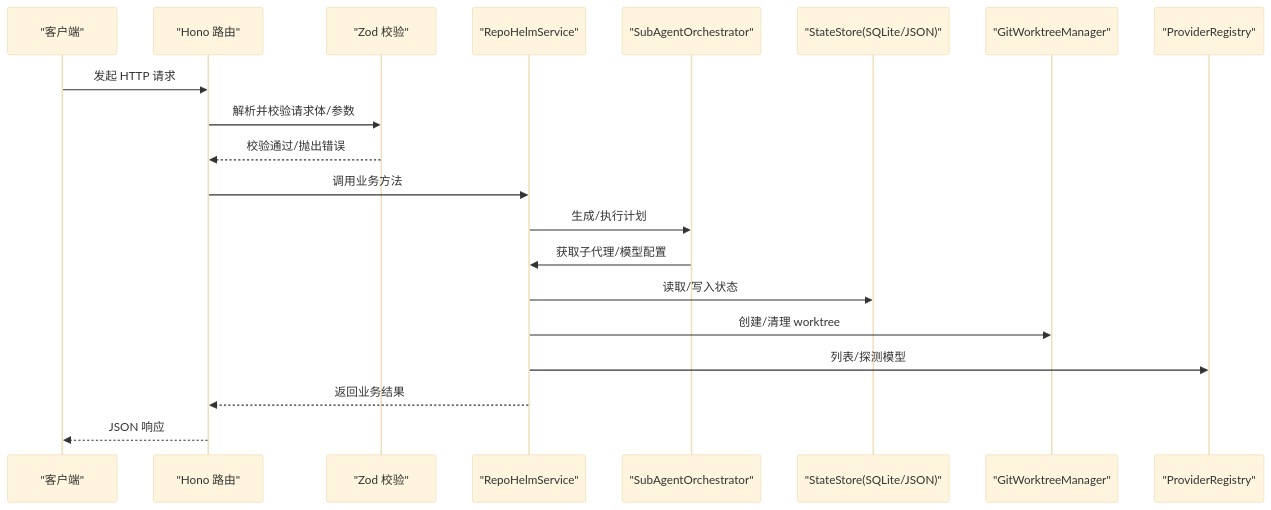
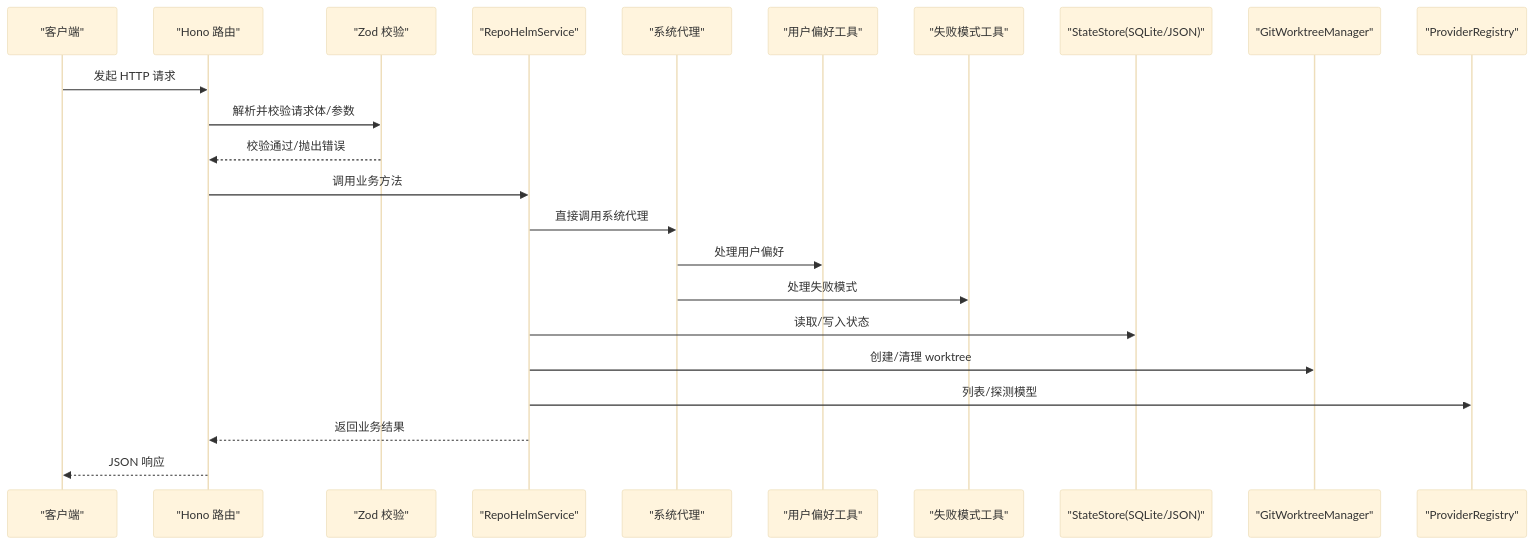
One commit to coconilu/RepoHelm changed the second of 3 diagrams in .qoder/repowiki/zh/content/服务器 API 设计/服务器 API 设计.md. Above: the diagram before and after it, drawn with Mermaid (base theme). The commit also changed other lines of this file and 12 other files, not shown here.

````diff
--- a/.qoder/repowiki/zh/content/服务器 API 设计/服务器 API 设计.md
+++ b/.qoder/repowiki/zh/content/服务器 API 设计/服务器 API 设计.md
@@ -97,22 +110,25 @@
 ```mermaid
 sequenceDiagram
 participant Client as "客户端"
 participant Router as "Hono 路由"
 participant Validator as "Zod 校验"
 participant Service as "RepoHelmService"
-participant Orchestrator as "SubAgentOrchestrator"
+participant SystemAgent as "系统代理"
+participant HabitsTools as "用户偏好工具"
+participant FailureTools as "失败模式工具"
 participant Store as "StateStore(SQLite/JSON)"
 participant Git as "GitWorktreeManager"
 participant Provider as "ProviderRegistry"
 Client->>Router : 发起 HTTP 请求
 Router->>Validator : 解析并校验请求体/参数
 Validator-->>Router : 校验通过/抛出错误
 Router->>Service : 调用业务方法
-Service->>Orchestrator : 生成/执行计划
-Orchestrator->>Service : 获取子代理/模型配置
+Service->>SystemAgent : 直接调用系统代理
+SystemAgent->>HabitsTools : 处理用户偏好
+SystemAgent->>FailureTools : 处理失败模式
 Service->>Store : 读取/写入状态
 Service->>Git : 创建/清理 worktree
 Service->>Provider : 列表/探测模型
 Service-->>Router : 返回业务结果
 Router-->>Client : JSON 响应
 ```
````
